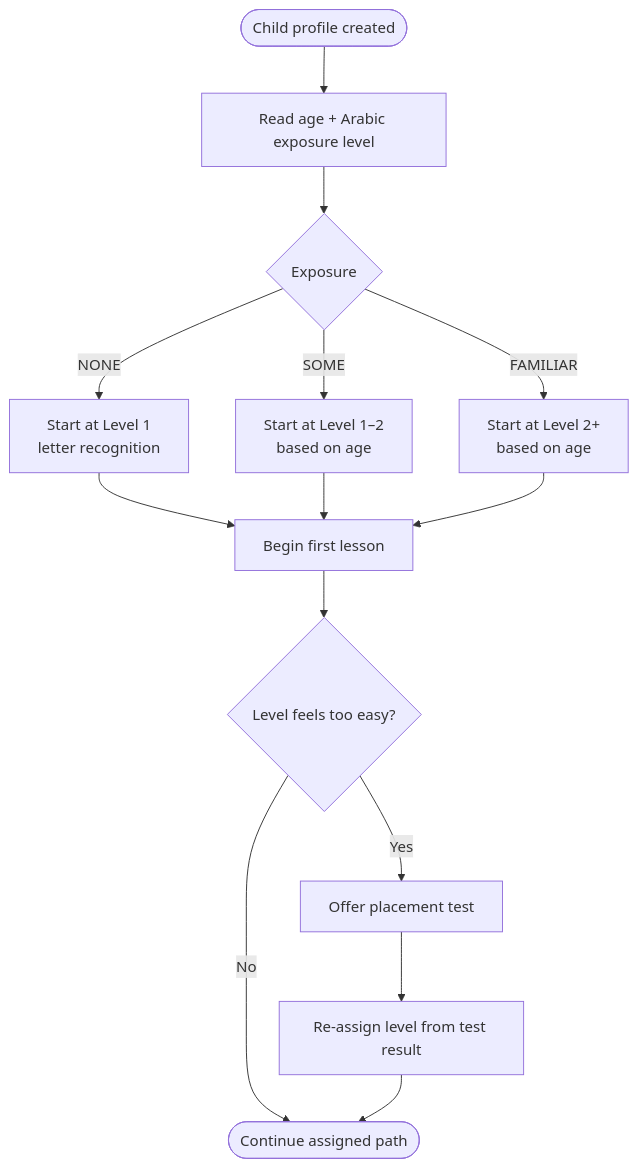
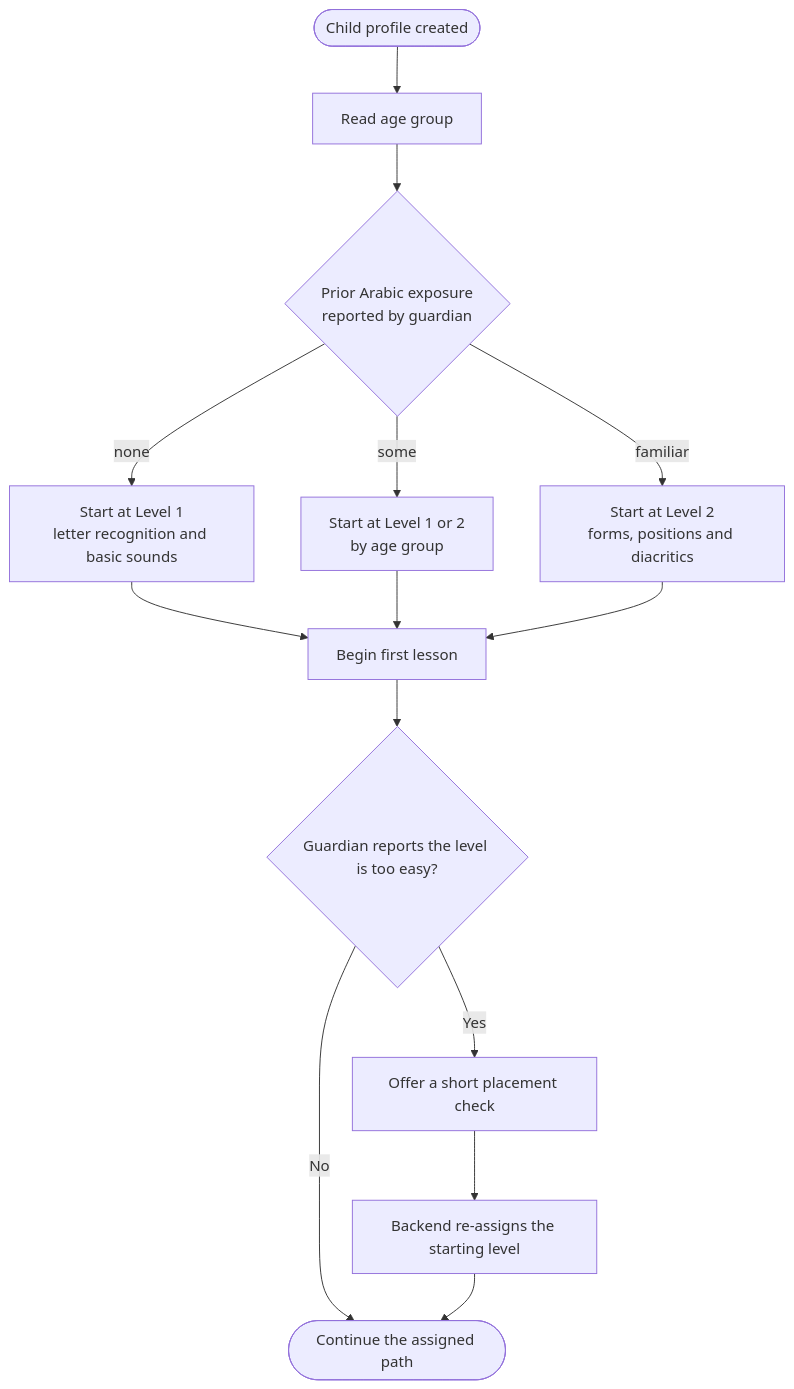
One commit to MohamedMaged9258/Yantiq changed the tenth of 20 diagrams in docs/architecture/diagrams.md. Above: the diagram before and after it, drawn with Mermaid. The commit also changed other lines of this file, not shown here.

First line of the commit message:
docs: rewrite architecture diagrams against the Phase 0 baseline

````diff
--- a/docs/architecture/diagrams.md
+++ b/docs/architecture/diagrams.md
@@ -402,14 +581,14 @@
 ```mermaid
 flowchart TD
-    A([Child profile created]) --> B[Read age + Arabic exposure level]
-    B --> C{Exposure}
-    C -- NONE --> D[Start at Level 1<br/>letter recognition]
-    C -- SOME --> E[Start at Level 1–2<br/>based on age]
-    C -- FAMILIAR --> F[Start at Level 2+<br/>based on age]
+    A([Child profile created]) --> B[Read age group]
+    B --> C{Prior Arabic exposure<br/>reported by guardian}
+    C -- "none" --> D[Start at Level 1<br/>letter recognition and basic sounds]
+    C -- "some" --> E[Start at Level 1 or 2<br/>by age group]
+    C -- "familiar" --> F[Start at Level 2<br/>forms, positions and diacritics]
     D & E & F --> G[Begin first lesson]
-    G --> H{Level feels too easy?}
-    H -- Yes --> I[Offer placement test]
-    I --> J[Re-assign level from test result]
-    H -- No --> K([Continue assigned path])
+    G --> H{Guardian reports the level is too easy?}
+    H -- Yes --> I[Offer a short placement check]
+    I --> J[Backend re-assigns the starting level]
+    H -- No --> K([Continue the assigned path])
     J --> K
 ```
````
